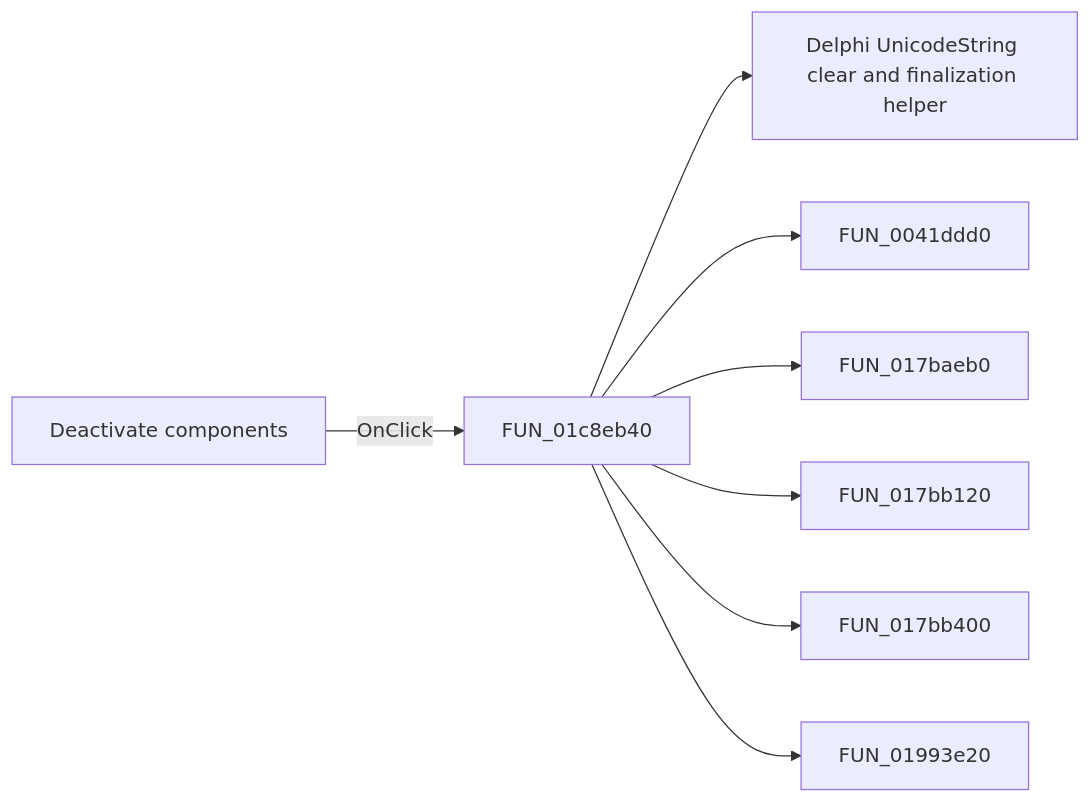
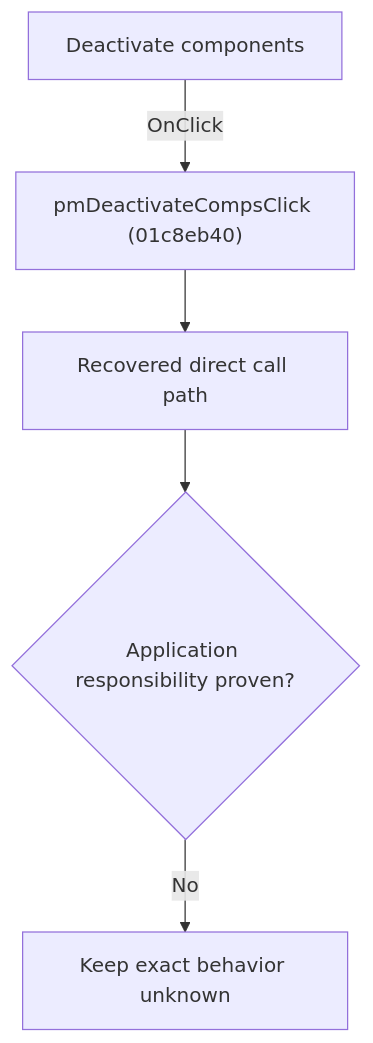
One commit to MovGP0/TIARA changed the diagram in docs/ui-controls/schematiceditor/pmdeactivatecomps-157e89b860.md. Above: the diagram before and after it, drawn with Mermaid. The commit also changed other lines of this file and 1062 other files, not shown here.

````diff
--- a/docs/ui-controls/schematiceditor/pmdeactivatecomps-157e89b860.md
+++ b/docs/ui-controls/schematiceditor/pmdeactivatecomps-157e89b860.md
@@ -27,10 +27,7 @@
 ```mermaid
-flowchart LR
-    control["Deactivate components"] -->|OnClick| handler["FUN_01c8eb40"]
-    handler --> call1["Delphi UnicodeString clear and finalization helper"]
-    handler --> call2["FUN_0041ddd0"]
-    handler --> call3["FUN_017baeb0"]
-    handler --> call4["FUN_017bb120"]
-    handler --> call5["FUN_017bb400"]
-    handler --> call6["FUN_01993e20"]
+flowchart TD
+    control["Deactivate components"] -->|"OnClick"| handler["pmDeactivateCompsClick (01c8eb40)"]
+    handler --> recovered["Recovered direct call path"]
+    recovered --> gap{"Application responsibility proven?"}
+    gap -->|"No"| blocked["Keep exact behavior unknown"]
 ```
````
